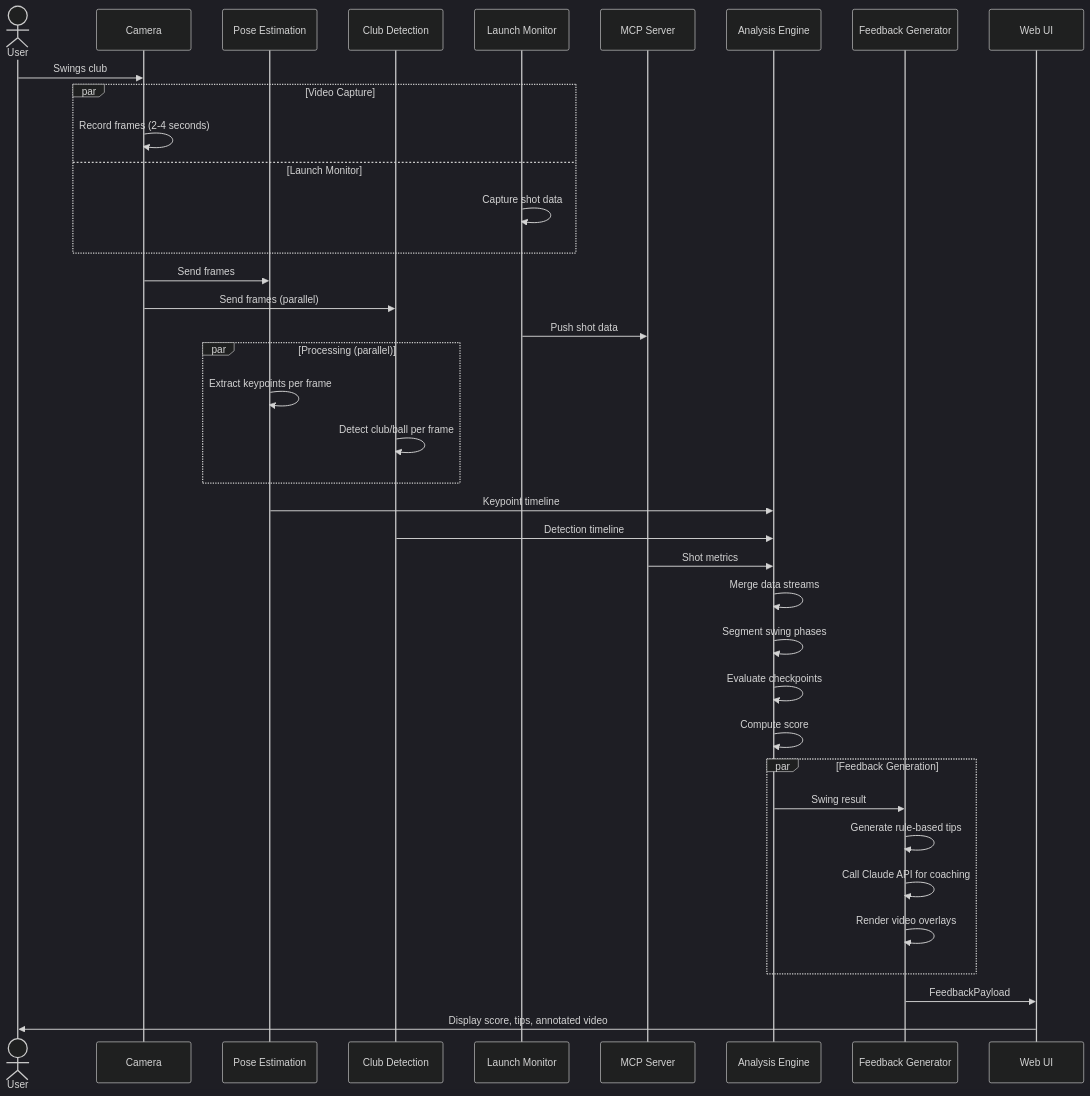
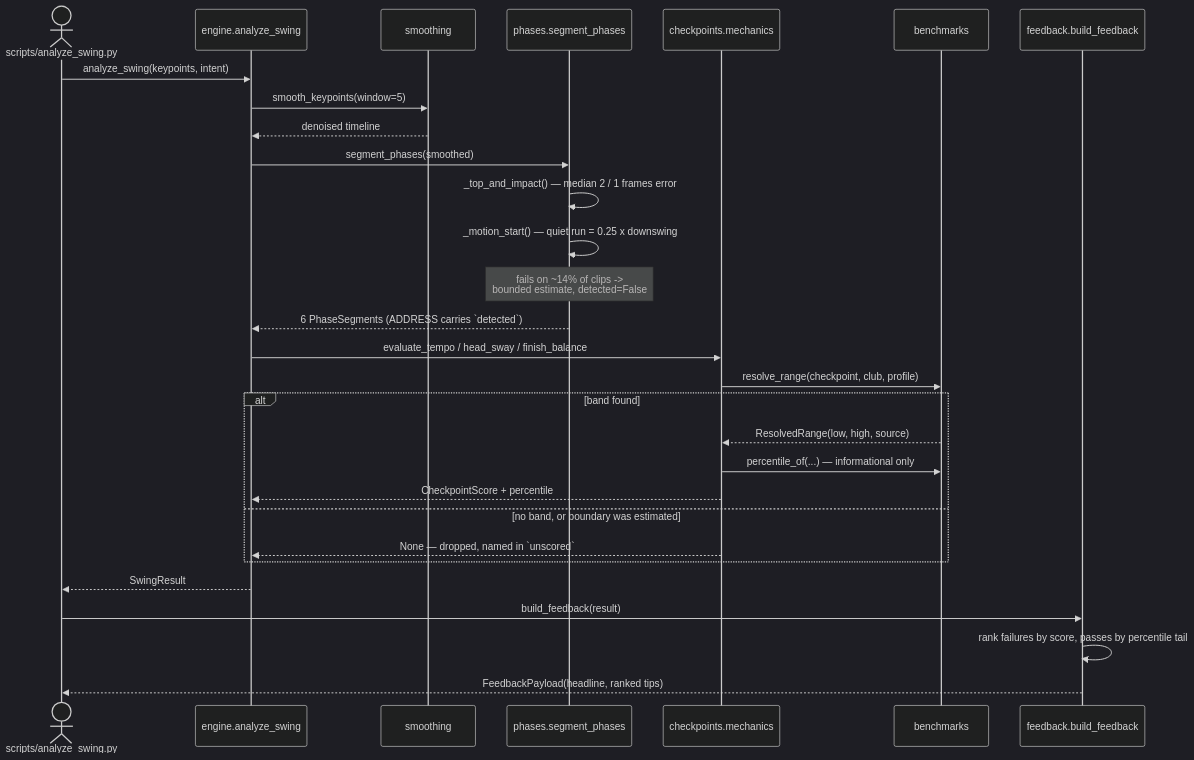
The third of 3 diagrams in docs/ARCHITECTURE.md (MildTreeRat/golf-coach), drawn with Mermaid (dark theme) before and after one commit. The commit also changed other lines of this file and 16 other files, not shown here.

````diff
--- a/docs/ARCHITECTURE.md
+++ b/docs/ARCHITECTURE.md
@@ -152,48 +130,33 @@
 ```mermaid
 sequenceDiagram
-    actor User
-    participant Cam as Camera
-    participant Pose as Pose Estimation
-    participant Det as Club Detection
-    participant LM as Launch Monitor
-    participant MCP as MCP Server
-    participant Eng as Analysis Engine
-    participant FB as Feedback Generator
-    participant UI as Web UI
+    actor Caller as scripts/analyze_swing.py
+    participant Eng as engine.analyze_swing
+    participant Sm as smoothing
+    participant Ph as phases.segment_phases
+    participant Chk as checkpoints.mechanics
+    participant Bench as benchmarks
+    participant FB as feedback.build_feedback
 
-    User->>Cam: Swings club
-    
-    par Video Capture
-        Cam->>Cam: Record frames (2-4 seconds)
-    and Launch Monitor
-        LM->>LM: Capture shot data
+    Caller->>Eng: analyze_swing(keypoints, intent)
+    Eng->>Sm: smooth_keypoints(window=5)
+    Sm-->>Eng: denoised timeline
+    Eng->>Ph: segment_phases(smoothed)
+    Ph->>Ph: _top_and_impact() — median 2 / 1 frames error
+    Ph->>Ph: _motion_start() — quiet run = 0.25 x downswing
+    Note over Ph: fails on ~14% of clips -><br/>bounded estimate, detected=False
+    Ph-->>Eng: 6 PhaseSegments (ADDRESS carries `detected`)
+
+    Eng->>Chk: evaluate_tempo / head_sway / finish_balance
+    Chk->>Bench: resolve_range(checkpoint, club, profile)
+    alt band found
+        Bench-->>Chk: ResolvedRange(low, high, source)
+        Chk->>Bench: percentile_of(...) — informational only
+        Chk-->>Eng: CheckpointScore + percentile
+    else no band, or boundary was estimated
+        Chk-->>Eng: None — dropped, named in `unscored`
     end
-
-    Cam->>Pose: Send frames
-    Cam->>Det: Send frames (parallel)
-    LM->>MCP: Push shot data
-
-    par Processing (parallel)
-        Pose->>Pose: Extract keypoints per frame
-        Det->>Det: Detect club/ball per frame
-    end
-
-    Pose->>Eng: Keypoint timeline
-    Det->>Eng: Detection timeline
-    MCP->>Eng: Shot metrics
-
-    Eng->>Eng: Merge data streams
-    Eng->>Eng: Segment swing phases
-    Eng->>Eng: Evaluate checkpoints
-    Eng->>Eng: Compute score
-
-    par Feedback Generation
-        Eng->>FB: Swing result
-        FB->>FB: Generate rule-based tips
-        FB->>FB: Call Claude API for coaching
-        FB->>FB: Render video overlays
-    end
-
-    FB->>UI: FeedbackPayload
-    UI->>User: Display score, tips, annotated video
+    Eng-->>Caller: SwingResult
+    Caller->>FB: build_feedback(result)
+    FB->>FB: rank failures by score, passes by percentile tail
+    FB-->>Caller: FeedbackPayload(headline, ranked tips)
 ```
````
